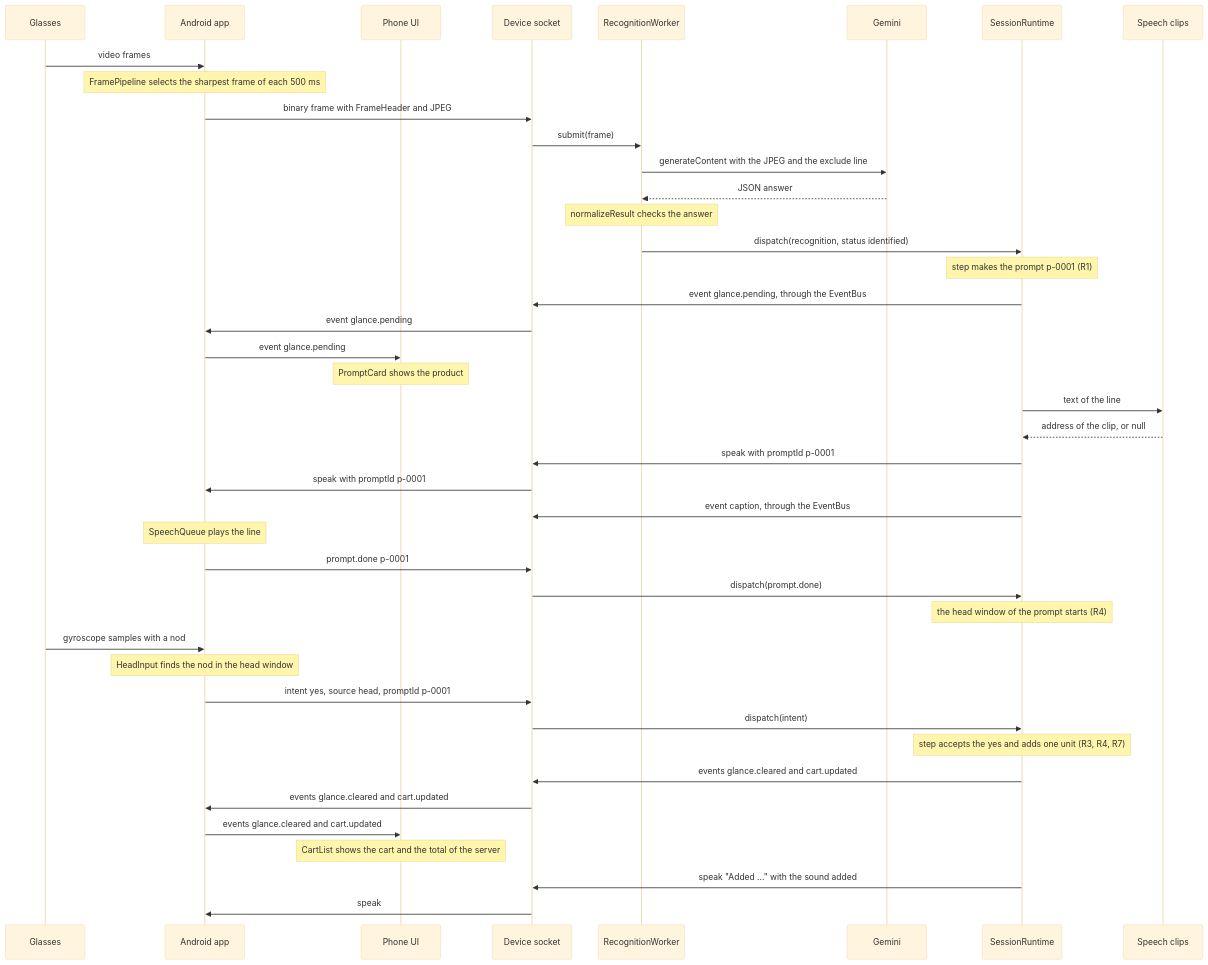
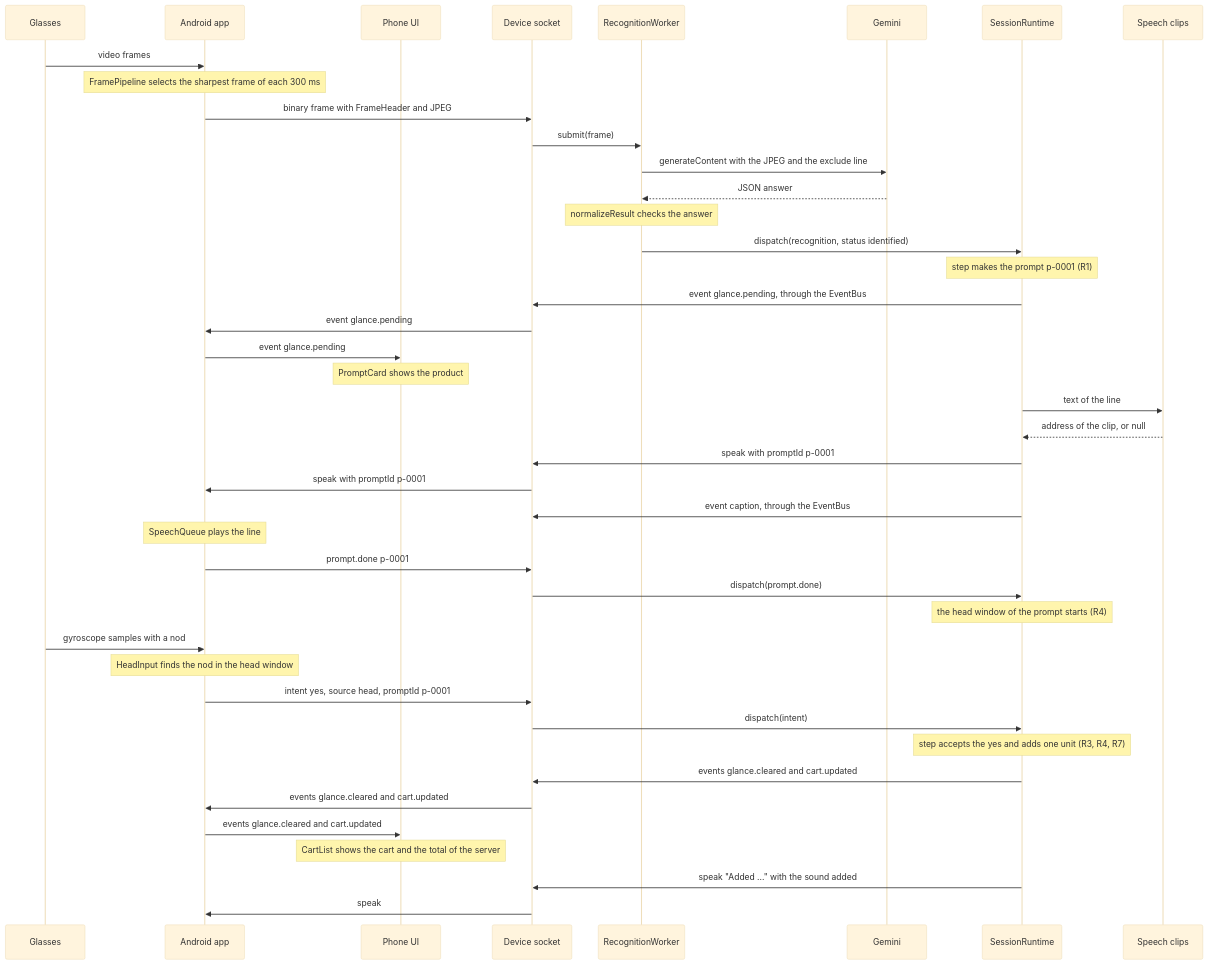
One commit to mrBymax/glance changed the second of 12 diagrams in docs/architecture.md. Above: the diagram before and after it, drawn with Mermaid (base theme). The commit also changed other lines of this file and 12 other files, not shown here.

First line of the commit message:
feat(shared): upload one frame each 300 ms

````diff
--- a/docs/architecture.md
+++ b/docs/architecture.md
@@ -135,45 +135,45 @@
 ```mermaid
 sequenceDiagram
   participant Glasses
   participant App as Android app
   participant Page as Phone UI
   participant Socket as Device socket
   participant Worker as RecognitionWorker
   participant Gemini
   participant Runtime as SessionRuntime
   participant Clips as Speech clips
 
   Glasses->>App: video frames
-  Note over App: FramePipeline selects the sharpest frame of each 500 ms
+  Note over App: FramePipeline selects the sharpest frame of each 300 ms
   App->>Socket: binary frame with FrameHeader and JPEG
   Socket->>Worker: submit(frame)
   Worker->>Gemini: generateContent with the JPEG and the exclude line
   Gemini-->>Worker: JSON answer
   Note over Worker: normalizeResult checks the answer
   Worker->>Runtime: dispatch(recognition, status identified)
   Note over Runtime: step makes the prompt p-0001 (R1)
   Runtime->>Socket: event glance.pending, through the EventBus
   Socket->>App: event glance.pending
   App->>Page: event glance.pending
   Note over Page: PromptCard shows the product
   Runtime->>Clips: text of the line
   Clips-->>Runtime: address of the clip, or null
   Runtime->>Socket: speak with promptId p-0001
   Socket->>App: speak with promptId p-0001
   Runtime->>Socket: event caption, through the EventBus
   Note over App: SpeechQueue plays the line
   App->>Socket: prompt.done p-0001
   Socket->>Runtime: dispatch(prompt.done)
   Note over Runtime: the head window of the prompt starts (R4)
   Glasses->>App: gyroscope samples with a nod
   Note over App: HeadInput finds the nod in the head window
   App->>Socket: intent yes, source head, promptId p-0001
   Socket->>Runtime: dispatch(intent)
   Note over Runtime: step accepts the yes and adds one unit (R3, R4, R7)
   Runtime->>Socket: events glance.cleared and cart.updated
   Socket->>App: events glance.cleared and cart.updated
   App->>Page: events glance.cleared and cart.updated
   Note over Page: CartList shows the cart and the total of the server
   Runtime->>Socket: speak "Added ..." with the sound added
   Socket->>App: speak
 ```
````
